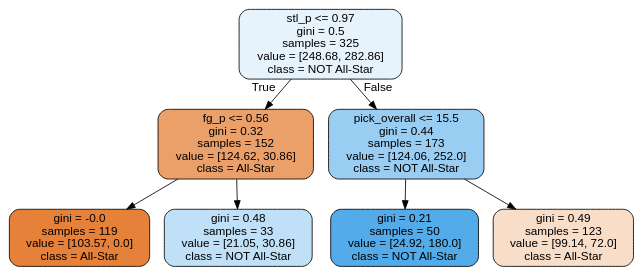
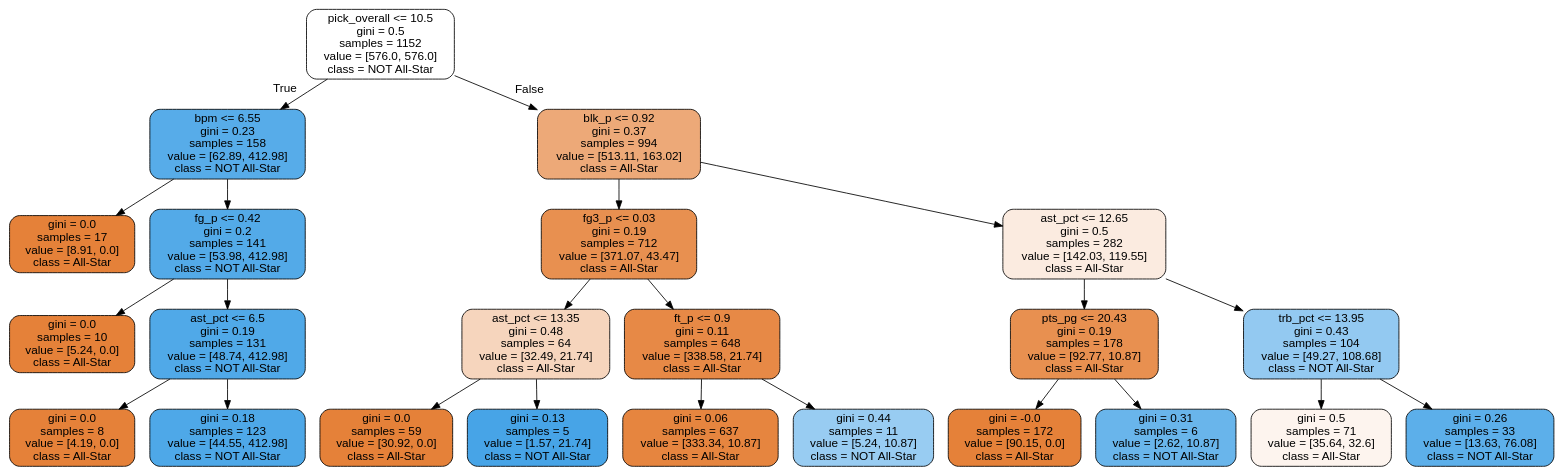
One commit to minescoviciu/tcri-all-star-prediction changed the diagram in tree.dot. Above: the diagram before and after it, drawn with Graphviz. The commit also changed 9 other files, not shown here.

```diff
--- a/tree.dot
+++ b/tree.dot
@@ -1,17 +1,49 @@
 digraph Tree {
 node [shape=box, style="filled, rounded", color="black", fontname=helvetica] ;
 edge [fontname=helvetica] ;
-0 [label="stl_p <= 0.97\ngini = 0.5\nsamples = 325\nvalue = [248.68, 282.86]\nclass = NOT All-Star", fillcolor="#e7f3fc"] ;
-1 [label="fg_p <= 0.56\ngini = 0.32\nsamples = 152\nvalue = [124.62, 30.86]\nclass = All-Star", fillcolor="#eba06a"] ;
+0 [label="pick_overall <= 10.5\ngini = 0.5\nsamples = 1152\nvalue = [576.0, 576.0]\nclass = NOT All-Star", fillcolor="#ffffff"] ;
+1 [label="bpm <= 6.55\ngini = 0.23\nsamples = 158\nvalue = [62.89, 412.98]\nclass = NOT All-Star", fillcolor="#57ace9"] ;
 0 -> 1 [labeldistance=2.5, labelangle=45, headlabel="True"] ;
-2 [label="gini = -0.0\nsamples = 119\nvalue = [103.57, 0.0]\nclass = All-Star", fillcolor="#e58139"] ;
+2 [label="gini = 0.0\nsamples = 17\nvalue = [8.91, 0.0]\nclass = All-Star", fillcolor="#e58139"] ;
 1 -> 2 ;
-3 [label="gini = 0.48\nsamples = 33\nvalue = [21.05, 30.86]\nclass = NOT All-Star", fillcolor="#c0e0f7"] ;
+3 [label="fg_p <= 0.42\ngini = 0.2\nsamples = 141\nvalue = [53.98, 412.98]\nclass = NOT All-Star", fillcolor="#53aae8"] ;
 1 -> 3 ;
-4 [label="pick_overall <= 15.5\ngini = 0.44\nsamples = 173\nvalue = [124.06, 252.0]\nclass = NOT All-Star", fillcolor="#9acdf2"] ;
-0 -> 4 [labeldistance=2.5, labelangle=-45, headlabel="False"] ;
-5 [label="gini = 0.21\nsamples = 50\nvalue = [24.92, 180.0]\nclass = NOT All-Star", fillcolor="#54abe9"] ;
-4 -> 5 ;
-6 [label="gini = 0.49\nsamples = 123\nvalue = [99.14, 72.0]\nclass = All-Star", fillcolor="#f8ddc9"] ;
-4 -> 6 ;
+4 [label="gini = 0.0\nsamples = 10\nvalue = [5.24, 0.0]\nclass = All-Star", fillcolor="#e58139"] ;
+3 -> 4 ;
+5 [label="ast_pct <= 6.5\ngini = 0.19\nsamples = 131\nvalue = [48.74, 412.98]\nclass = NOT All-Star", fillcolor="#50a9e8"] ;
+3 -> 5 ;
+6 [label="gini = 0.0\nsamples = 8\nvalue = [4.19, 0.0]\nclass = All-Star", fillcolor="#e58139"] ;
+5 -> 6 ;
+7 [label="gini = 0.18\nsamples = 123\nvalue = [44.55, 412.98]\nclass = NOT All-Star", fillcolor="#4ea8e8"] ;
+5 -> 7 ;
+8 [label="blk_p <= 0.92\ngini = 0.37\nsamples = 994\nvalue = [513.11, 163.02]\nclass = All-Star", fillcolor="#eda978"] ;
+0 -> 8 [labeldistance=2.5, labelangle=-45, headlabel="False"] ;
+9 [label="fg3_p <= 0.03\ngini = 0.19\nsamples = 712\nvalue = [371.07, 43.47]\nclass = All-Star", fillcolor="#e89050"] ;
+8 -> 9 ;
+10 [label="ast_pct <= 13.35\ngini = 0.48\nsamples = 64\nvalue = [32.49, 21.74]\nclass = All-Star", fillcolor="#f6d5bd"] ;
+9 -> 10 ;
+11 [label="gini = 0.0\nsamples = 59\nvalue = [30.92, 0.0]\nclass = All-Star", fillcolor="#e58139"] ;
+10 -> 11 ;
+12 [label="gini = 0.13\nsamples = 5\nvalue = [1.57, 21.74]\nclass = NOT All-Star", fillcolor="#47a4e7"] ;
+10 -> 12 ;
+13 [label="ft_p <= 0.9\ngini = 0.11\nsamples = 648\nvalue = [338.58, 21.74]\nclass = All-Star", fillcolor="#e78946"] ;
+9 -> 13 ;
+14 [label="gini = 0.06\nsamples = 637\nvalue = [333.34, 10.87]\nclass = All-Star", fillcolor="#e6853f"] ;
+13 -> 14 ;
+15 [label="gini = 0.44\nsamples = 11\nvalue = [5.24, 10.87]\nclass = NOT All-Star", fillcolor="#98ccf2"] ;
+13 -> 15 ;
+16 [label="ast_pct <= 12.65\ngini = 0.5\nsamples = 282\nvalue = [142.03, 119.55]\nclass = All-Star", fillcolor="#fbebe0"] ;
+8 -> 16 ;
+17 [label="pts_pg <= 20.43\ngini = 0.19\nsamples = 178\nvalue = [92.77, 10.87]\nclass = All-Star", fillcolor="#e89050"] ;
+16 -> 17 ;
+18 [label="gini = -0.0\nsamples = 172\nvalue = [90.15, 0.0]\nclass = All-Star", fillcolor="#e58139"] ;
+17 -> 18 ;
+19 [label="gini = 0.31\nsamples = 6\nvalue = [2.62, 10.87]\nclass = NOT All-Star", fillcolor="#69b5eb"] ;
+17 -> 19 ;
+20 [label="trb_pct <= 13.95\ngini = 0.43\nsamples = 104\nvalue = [49.27, 108.68]\nclass = NOT All-Star", fillcolor="#93c9f1"] ;
+16 -> 20 ;
+21 [label="gini = 0.5\nsamples = 71\nvalue = [35.64, 32.6]\nclass = All-Star", fillcolor="#fdf4ee"] ;
+20 -> 21 ;
+22 [label="gini = 0.26\nsamples = 33\nvalue = [13.63, 76.08]\nclass = NOT All-Star", fillcolor="#5cafea"] ;
+20 -> 22 ;
 }
```
